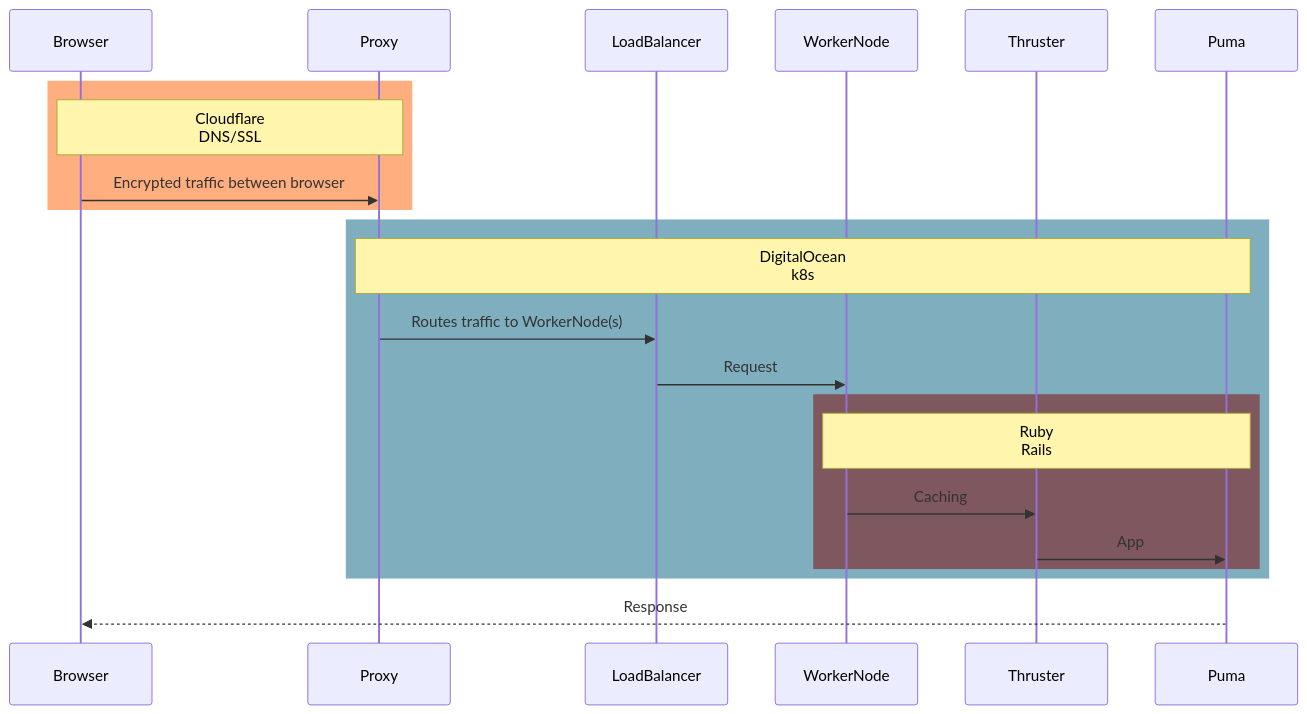
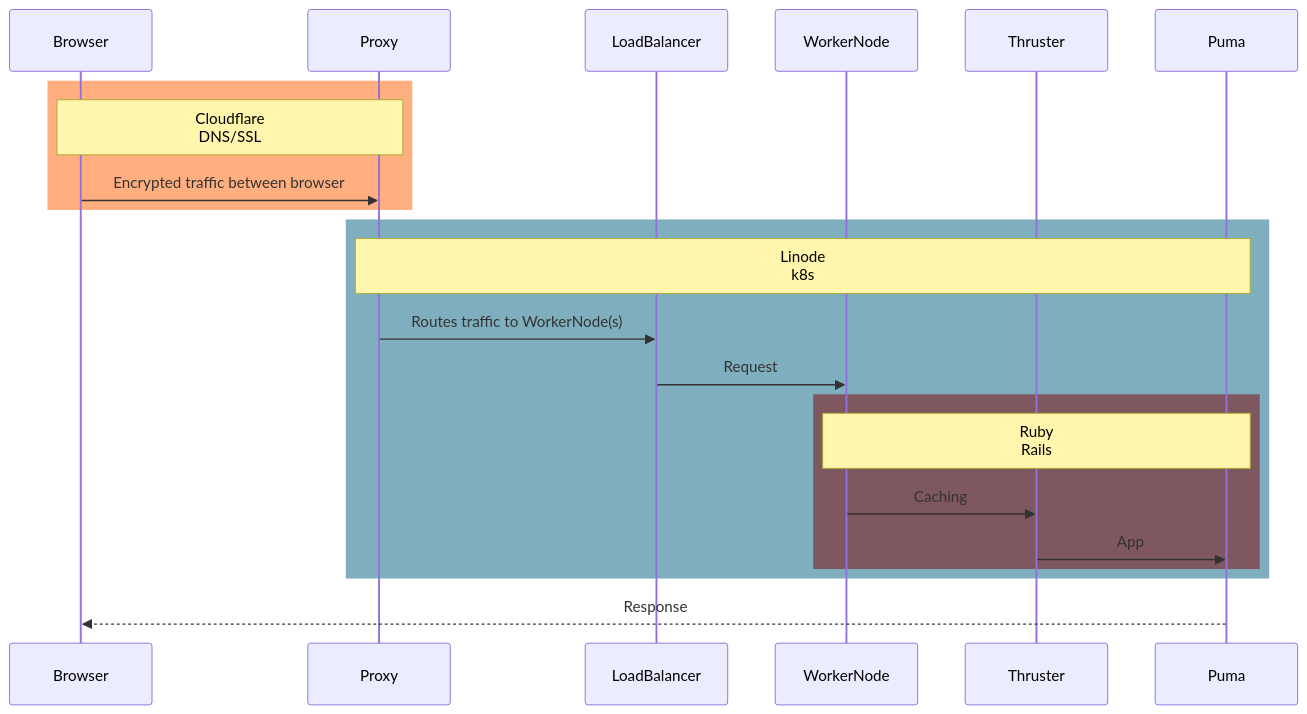
The diagram in README.md (defeated/eatbreakfast.club), drawn with Mermaid before and after one commit. The commit also changed other lines of this file and 2 other files, not shown here.

First line of the commit message:
migrate to Linode/Kubernetes

````diff
--- a/README.md
+++ b/README.md
@@ -53,24 +56,24 @@
 ```mermaid
 sequenceDiagram
     participant B AS Browser
     participant P AS Proxy
     participant L AS LoadBalancer
     participant W AS WorkerNode
     participant Th AS Thruster
     participant Pu AS Puma
     rect rgba(255,96,0,0.5)
     Note over B,P: Cloudflare<br/>DNS/SSL
     B->>P: Encrypted traffic between browser
     end
     rect rgba(0,96,128,0.5)
-    Note over P,Pu: DigitalOcean<br/>k8s
+    Note over P,Pu: Linode<br/>k8s
     P->>L: Routes traffic to WorkerNode(s)
     L->>W: Request
     rect rgba(128,0,0,0.5)
     Note over W,Pu: Ruby<br/>Rails
     W->>Th: Caching
     Th->>Pu: App
     end
     end
     Pu-->>B: Response
 ```
````
